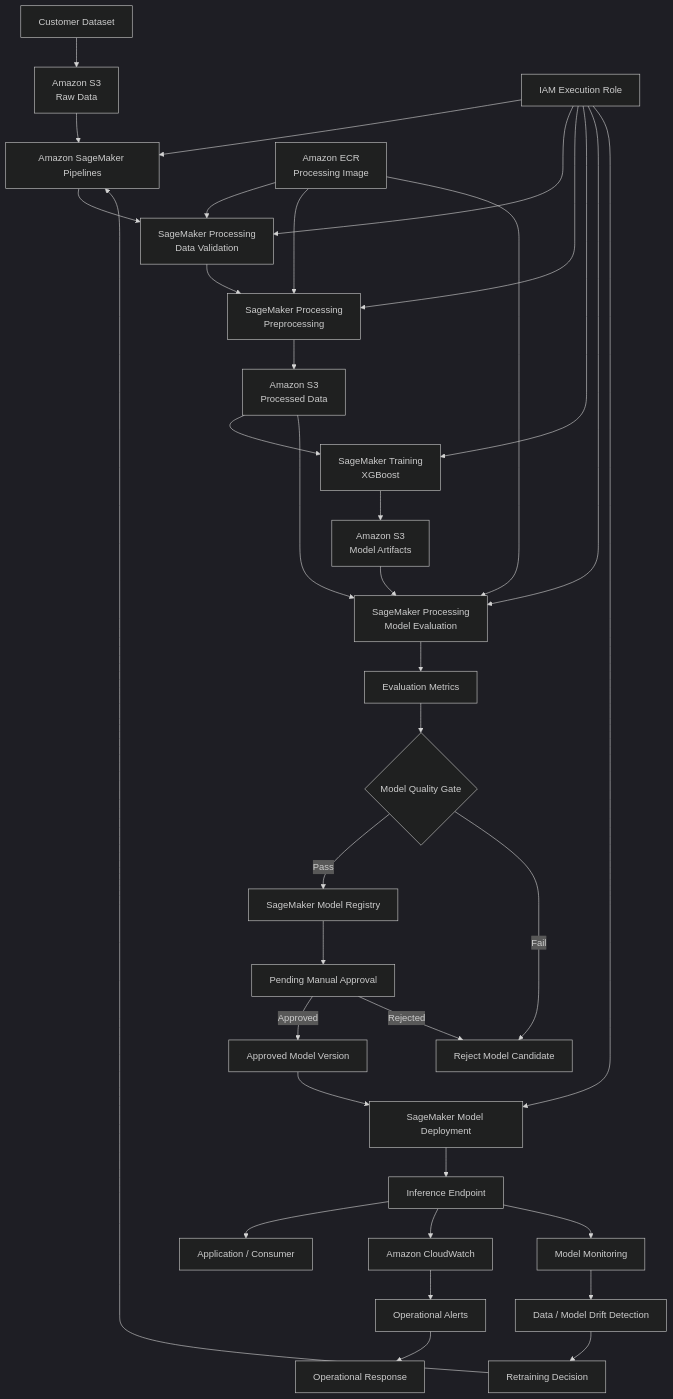
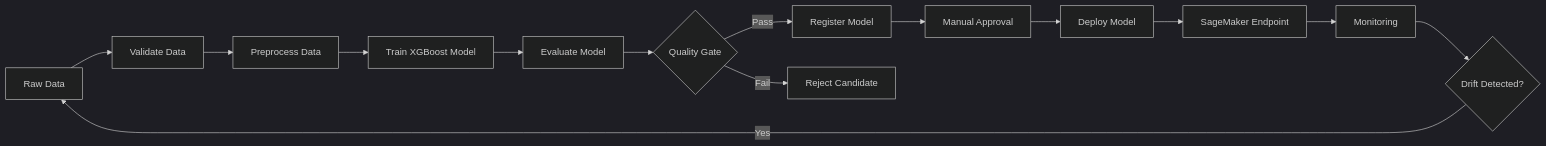
Before and after one commit to RoyIvia/aws-customer-churn-mlops: the diagram in architecture/README.md, drawn with Mermaid (dark theme). The commit also changed other lines of this file, not shown here.

Commit message:
docs: consolidate production architecture documentation

````diff
--- a/architecture/README.md
+++ b/architecture/README.md
@@ -29,61 +505,29 @@
 ```mermaid
-flowchart TD
+flowchart LR
 
-    A[Customer Dataset] --> B[Amazon S3<br/>Raw Data]
+    A[Raw Data] --> B[Validate Data]
 
-    B --> C[Amazon SageMaker Pipelines]
+    B --> C[Preprocess Data]
 
-    C --> D[SageMaker Processing<br/>Data Validation]
+    C --> D[Train XGBoost Model]
 
-    D --> E[SageMaker Processing<br/>Preprocessing]
+    D --> E[Evaluate Model]
 
-    E --> F[Amazon S3<br/>Processed Data]
+    E --> F{Quality Gate}
 
-    F --> G[SageMaker Training<br/>XGBoost]
+    F -->|Pass| G[Register Model]
 
-    G --> H[Amazon S3<br/>Model Artifacts]
+    F -->|Fail| H[Reject Candidate]
 
-    H --> I[SageMaker Processing<br/>Model Evaluation]
-    F --> I
+    G --> I[Manual Approval]
 
-    I --> J[Evaluation Metrics]
+    I --> J[Deploy Model]
 
-    J --> K{Model Quality Gate}
+    J --> K[SageMaker Endpoint]
 
-    K -->|Pass| L[SageMaker Model Registry]
-    K -->|Fail| M[Reject Model Candidate]
+    K --> L[Monitoring]
 
-    L --> N[Pending Manual Approval]
+    L --> M{Drift Detected?}
 
-    N -->|Approved| O[Approved Model Version]
-    N -->|Rejected| M
-
-    O --> P[SageMaker Model Deployment]
-
-    P --> Q[Inference Endpoint]
-
-    Q --> R[Application / Consumer]
-
-    Q --> S[Amazon CloudWatch]
-
-    Q --> T[Model Monitoring]
-
-    S --> U[Operational Alerts]
-    T --> V[Data / Model Drift Detection]
-
-    U --> W[Operational Response]
-    V --> X[Retraining Decision]
-
-    X --> C
-
-    Y[Amazon ECR<br/>Processing Image] --> D
-    Y --> E
-    Y --> I
-
-    Z[IAM Execution Role] --> C
-    Z --> D
-    Z --> E
-    Z --> G
-    Z --> I
-    Z --> P
+    M -->|Yes| A
 ```
````
